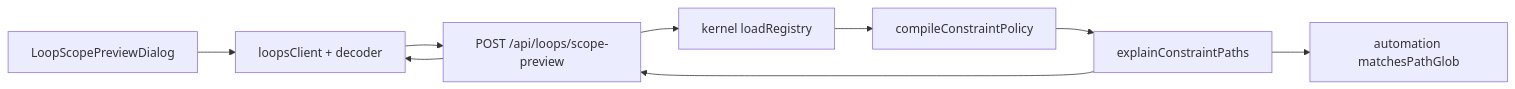
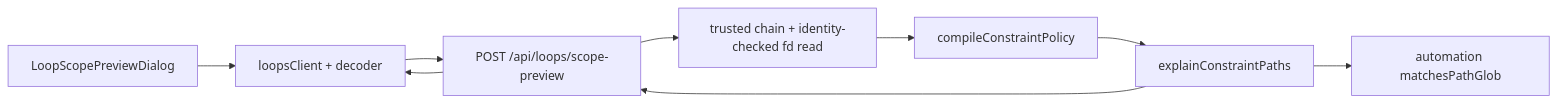
One commit to jefferysha/pipeline-worklfow changed the diagram in docs/superpowers/specs/2026-07-28-loop-scope-preview-design.md. Above: the diagram before and after it, drawn with Mermaid. The commit also changed other lines of this file and 57 other files, not shown here.

````diff
--- a/docs/superpowers/specs/2026-07-28-loop-scope-preview-design.md
+++ b/docs/superpowers/specs/2026-07-28-loop-scope-preview-design.md
@@ -36,11 +36,11 @@
 ```mermaid
 flowchart LR
   UI["LoopScopePreviewDialog"] --> Client["loopsClient + decoder"]
   Client --> API["POST /api/loops/scope-preview"]
-  API --> Registry["kernel loadRegistry"]
+  API --> Registry["trusted chain + identity-checked fd read"]
   Registry --> Policy["compileConstraintPolicy"]
   Policy --> Explain["explainConstraintPaths"]
   Explain --> Matcher["automation matchesPathGlob"]
   Explain --> API
   API --> Client
 ```
````
